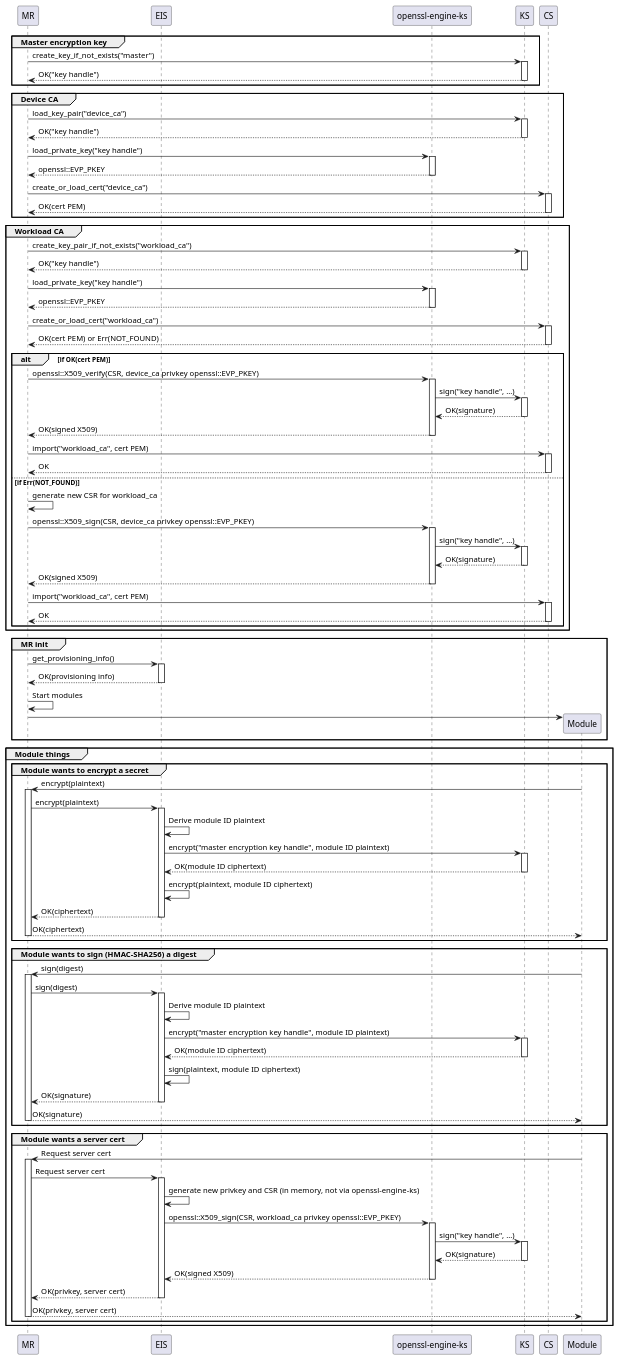
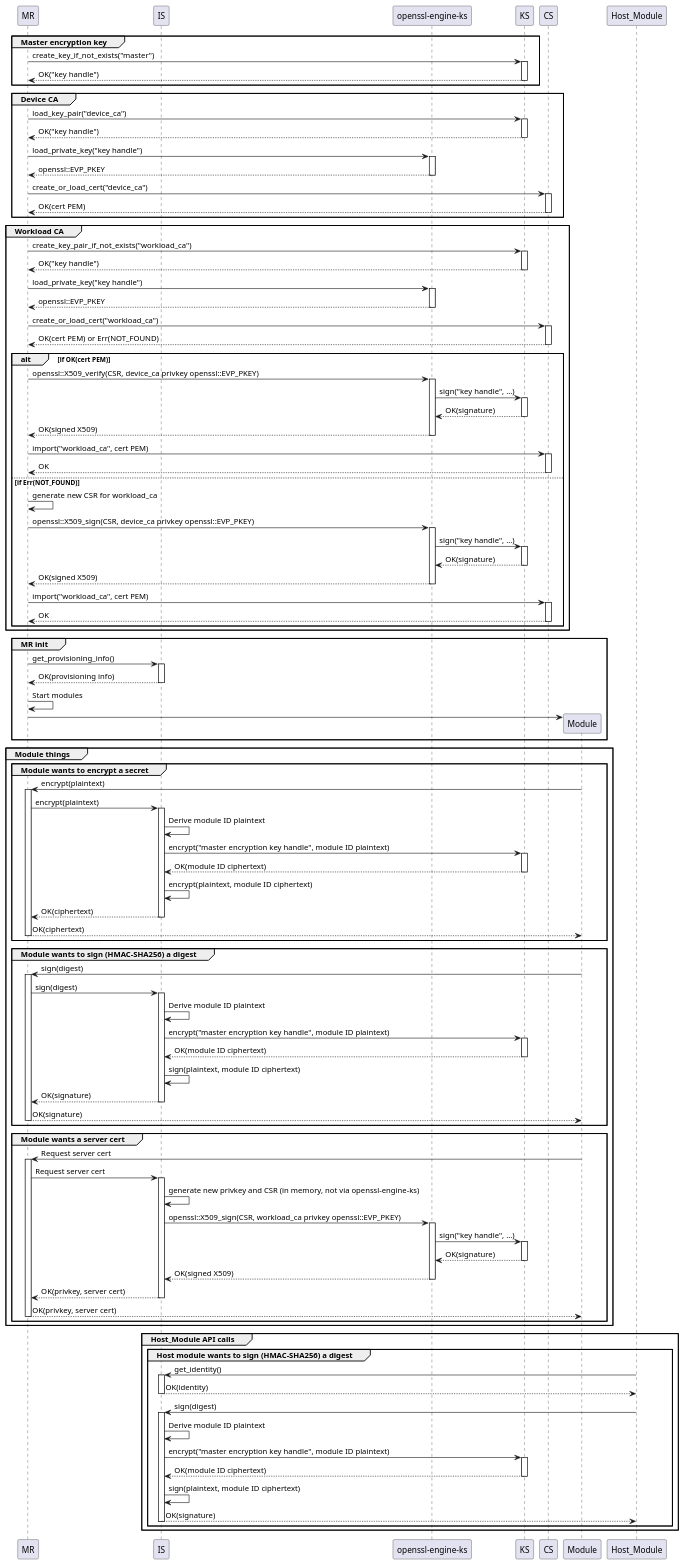
One commit to varunpuranik/edgev2 changed the diagram in operation-mr-deviceca.plantuml. Above: the diagram before and after it, drawn with PlantUML. The commit also changed 4 other files, not shown here.

```diff
--- a/operation-mr-deviceca.plantuml
+++ b/operation-mr-deviceca.plantuml
@@ -1,101 +1,112 @@
 @startuml
 
 
 participant MR
-participant EIS
+participant IS
 participant "openssl-engine-ks"
 participant KS
 participant CS
 participant Module
+participant Host_Module
 
 
 group Master encryption key
 	MR -> KS ++: create_key_if_not_exists("master")
 	return OK("key handle")
 end
 
 group Device CA
 	MR -> KS ++: load_key_pair("device_ca")
 	return OK("key handle")
 	MR -> "openssl-engine-ks" ++: load_private_key("key handle")
 	return openssl::EVP_PKEY
 	MR -> CS ++: create_or_load_cert("device_ca")
 	return OK(cert PEM)
 end
-
 
 group Workload CA
 	MR -> KS ++: create_key_pair_if_not_exists("workload_ca")
 	return OK("key handle")
 	MR -> "openssl-engine-ks" ++: load_private_key("key handle")
 	return openssl::EVP_PKEY
 	MR -> CS ++: create_or_load_cert("workload_ca")
 	return OK(cert PEM) or Err(NOT_FOUND)
 
 	alt if OK(cert PEM)
 		MR -> "openssl-engine-ks" ++: openssl::X509_verify(CSR, device_ca privkey openssl::EVP_PKEY)
 		"openssl-engine-ks" -> KS ++: sign("key handle", ...)
 		return OK(signature)
 		return OK(signed X509)
 		MR -> CS ++: import("workload_ca", cert PEM)
 		return OK
 
 	else if Err(NOT_FOUND)
 		MR -> MR: generate new CSR for workload_ca
 		MR -> "openssl-engine-ks" ++: openssl::X509_sign(CSR, device_ca privkey openssl::EVP_PKEY)
 		"openssl-engine-ks" -> KS ++: sign("key handle", ...)
 		return OK(signature)
 		return OK(signed X509)
 		MR -> CS ++: import("workload_ca", cert PEM)
 		return OK
 	end
 end
 
-
 group MR init
-	MR -> EIS ++: get_provisioning_info()
+	MR -> IS ++: get_provisioning_info()
 	return OK(provisioning info)
 
 	MR -> MR: Start modules
 	MR -> Module **
 end
 
-
 group Module things
 	group Module wants to encrypt a secret
 		Module -> MR ++: encrypt(plaintext)
-		MR -> EIS ++: encrypt(plaintext)
-		EIS -> EIS: Derive module ID plaintext
-		EIS -> KS ++: encrypt("master encryption key handle", module ID plaintext)
+		MR -> IS ++: encrypt(plaintext)
+		IS -> IS: Derive module ID plaintext
+		IS -> KS ++: encrypt("master encryption key handle", module ID plaintext)
 		return OK(module ID ciphertext)
-		EIS -> EIS: encrypt(plaintext, module ID ciphertext)
+		IS -> IS: encrypt(plaintext, module ID ciphertext)
 		return OK(ciphertext)
 		return OK(ciphertext)
 	end
 
 	group Module wants to sign (HMAC-SHA256) a digest
 		Module -> MR ++: sign(digest)
-		MR -> EIS ++: sign(digest)
-		EIS -> EIS: Derive module ID plaintext
-		EIS -> KS ++: encrypt("master encryption key handle", module ID plaintext)
+		MR -> IS ++: sign(digest)
+		IS -> IS: Derive module ID plaintext
+		IS -> KS ++: encrypt("master encryption key handle", module ID plaintext)
 		return OK(module ID ciphertext)
-		EIS -> EIS: sign(plaintext, module ID ciphertext)
+		IS -> IS: sign(plaintext, module ID ciphertext)
 		return OK(signature)
 		return OK(signature)
 	end
 
 	group Module wants a server cert
 		Module -> MR ++: Request server cert
-		MR -> EIS ++: Request server cert
-		EIS -> EIS: generate new privkey and CSR (in memory, not via openssl-engine-ks)
-		EIS -> "openssl-engine-ks" ++: openssl::X509_sign(CSR, workload_ca privkey openssl::EVP_PKEY)
+		MR -> IS ++: Request server cert
+		IS -> IS: generate new privkey and CSR (in memory, not via openssl-engine-ks)
+		IS -> "openssl-engine-ks" ++: openssl::X509_sign(CSR, workload_ca privkey openssl::EVP_PKEY)
 		"openssl-engine-ks" -> KS ++: sign("key handle", ...)
 		return OK(signature)
-		return OK(signed X509)
+		return OK(signed X509)	
 		return OK(privkey, server cert)
 		return OK(privkey, server cert)
 	end
 end
 
+group Host_Module API calls
+	group Host module wants to sign (HMAC-SHA256) a digest
+		Host_Module -> IS ++: get_identity()
+		return OK(identity)
+		Host_Module -> IS ++: sign(digest)
+		IS -> IS: Derive module ID plaintext
+		IS -> KS ++: encrypt("master encryption key handle", module ID plaintext)
+		return OK(module ID ciphertext)
+		IS -> IS: sign(plaintext, module ID ciphertext)
+		return OK(signature)
+	end
+end
+
 
 @enduml
```
